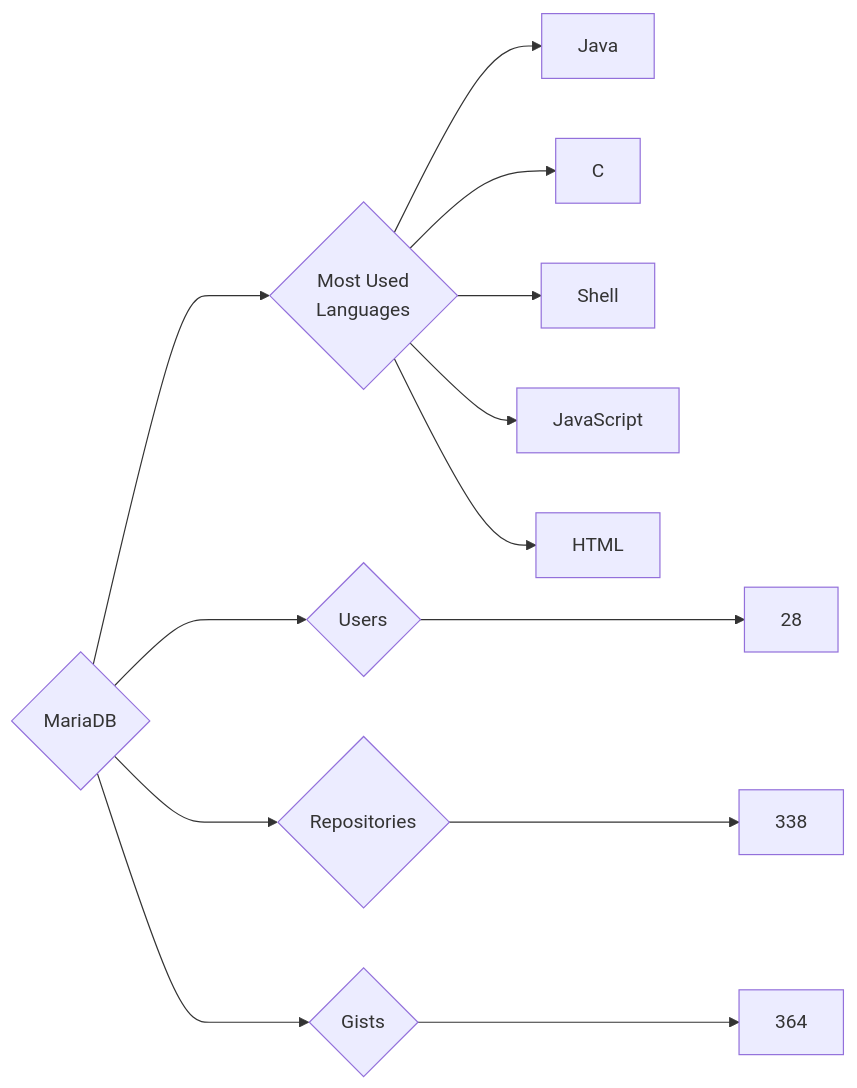
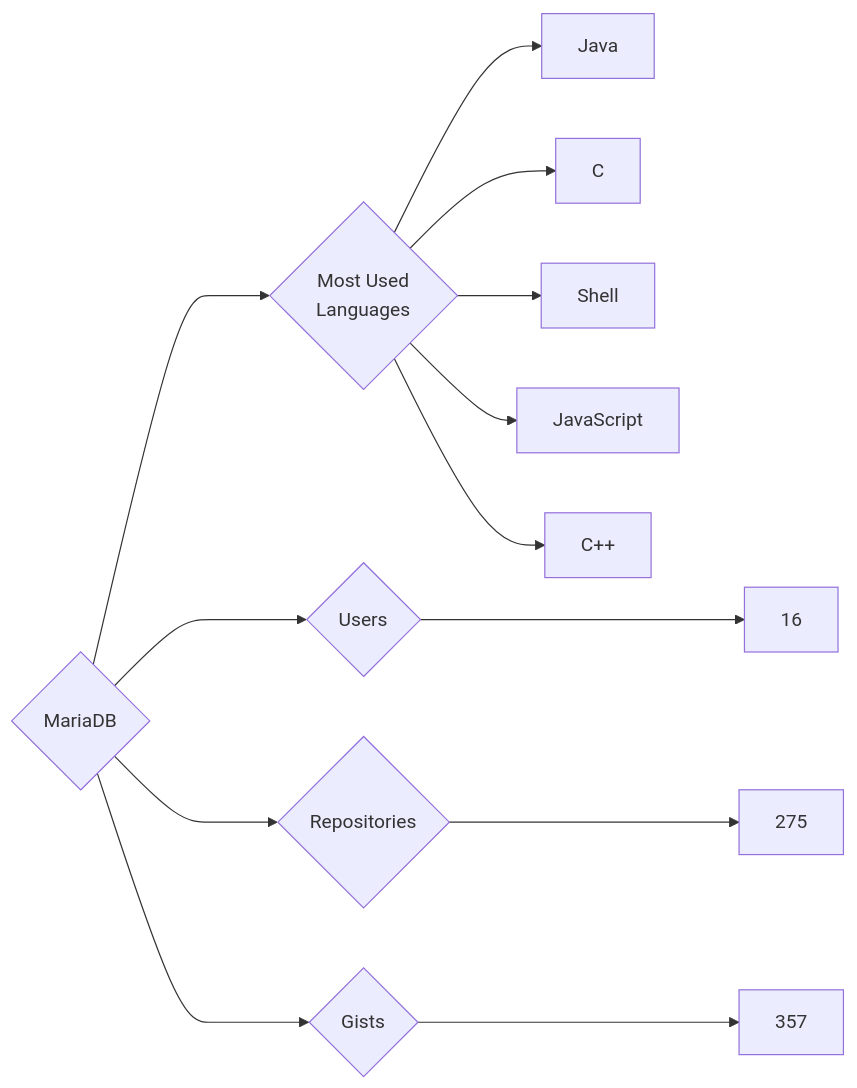
One commit to trickest/insiders changed the diagram in targets/MariaDB/README.md. Above: the diagram before and after it, drawn with Mermaid. The commit also changed 903 other files, not shown here.

````diff
--- a/targets/MariaDB/README.md
+++ b/targets/MariaDB/README.md
@@ -3,13 +3,13 @@
 ```mermaid
 graph LR
 COMPANY_NAME{MariaDB}
-COMPANY_NAME ---> U{Users} ---> UN[28]
-COMPANY_NAME ---> R{Repositories} ---> RN[338]
-COMPANY_NAME ---> G{Gists} ---> GN[364]
+COMPANY_NAME ---> U{Users} ---> UN[16]
+COMPANY_NAME ---> R{Repositories} ---> RN[275]
+COMPANY_NAME ---> G{Gists} ---> GN[357]
 COMPANY_NAME ---> ML{Most Used<br>Languages}
 ML --> Java[Java]
 ML --> C[C]
 ML --> Shell[Shell]
 ML --> JavaScript[JavaScript]
-ML --> HTML[HTML]
+ML --> C++[C++]
 ```
````
